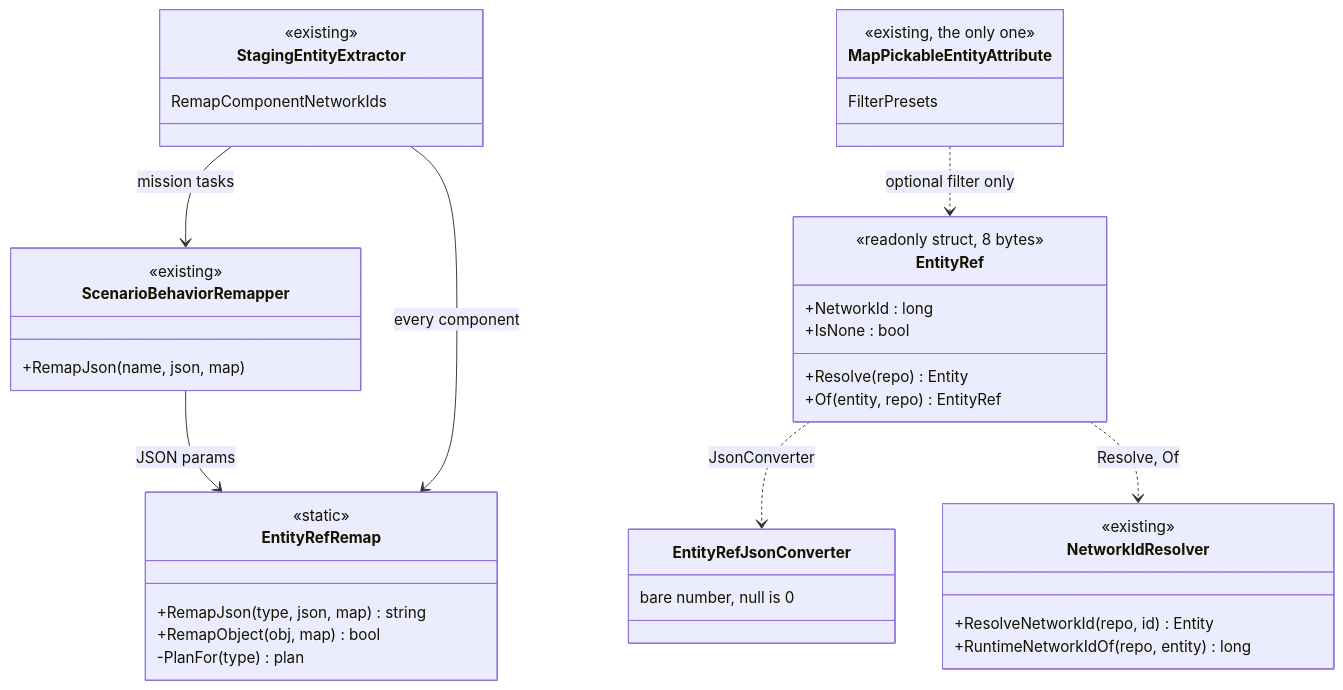
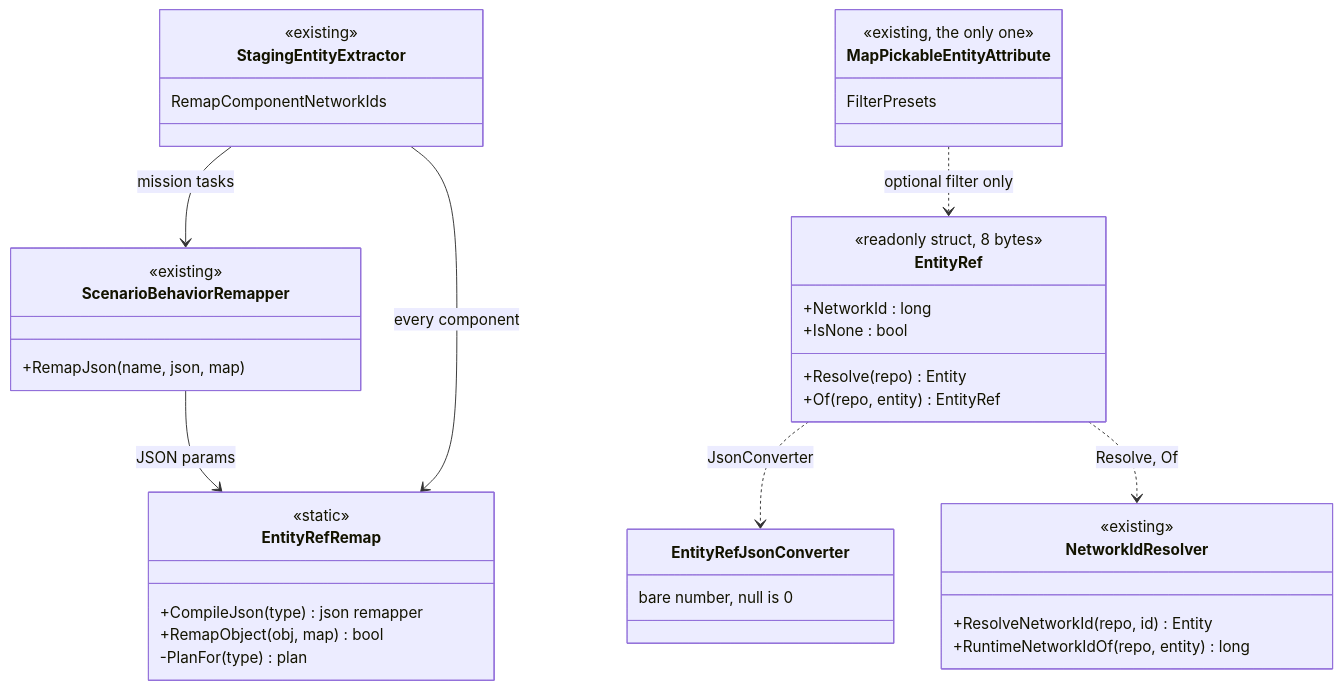
Before and after one commit to pjanec/HROT: the first of 3 diagrams in docs/blueprints/DESIGN_Entity_Reference.md, drawn with Mermaid. The commit also changed other lines of this file and 73 other files, not shown here.

````diff
--- a/docs/blueprints/DESIGN_Entity_Reference.md
+++ b/docs/blueprints/DESIGN_Entity_Reference.md
@@ -48,42 +48,42 @@
 ```mermaid
 classDiagram
   class EntityRef {
     <<readonly struct, 8 bytes>>
     +NetworkId : long
     +IsNone : bool
     +Resolve(repo) Entity
-    +Of(entity, repo) EntityRef
+    +Of(repo, entity) EntityRef
   }
   class EntityRefJsonConverter {
     bare number, null is 0
   }
   class EntityRefRemap {
     <<static>>
-    +RemapJson(type, json, map) string
+    +CompileJson(type) json remapper
     +RemapObject(obj, map) bool
     -PlanFor(type) plan
   }
   class NetworkIdResolver {
     <<existing>>
     +ResolveNetworkId(repo, id) Entity
     +RuntimeNetworkIdOf(repo, entity) long
   }
   class ScenarioBehaviorRemapper {
     <<existing>>
     +RemapJson(name, json, map)
   }
   class StagingEntityExtractor {
     <<existing>>
     RemapComponentNetworkIds
   }
   class MapPickableEntityAttribute {
     <<existing, the only one>>
     FilterPresets
   }
   EntityRef ..> EntityRefJsonConverter : JsonConverter
   EntityRef ..> NetworkIdResolver : Resolve, Of
   ScenarioBehaviorRemapper --> EntityRefRemap : JSON params
   StagingEntityExtractor --> EntityRefRemap : every component
   StagingEntityExtractor --> ScenarioBehaviorRemapper : mission tasks
   MapPickableEntityAttribute ..> EntityRef : optional filter only
 ```
````
